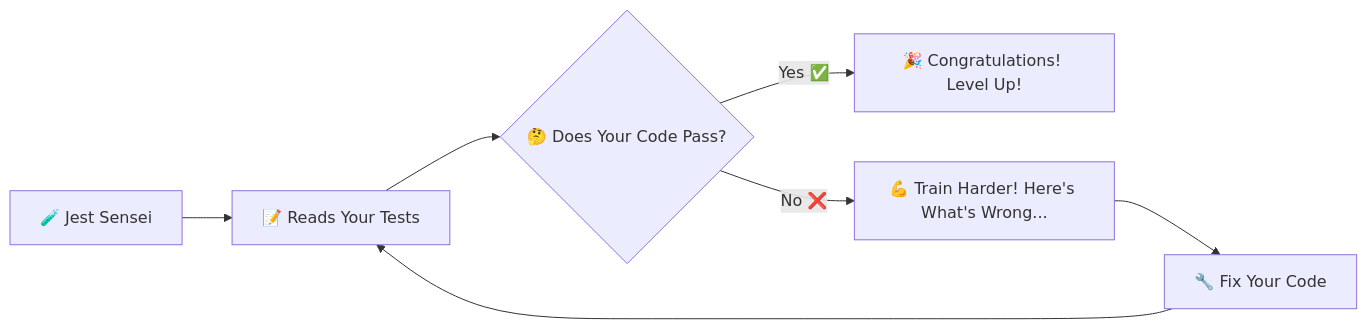
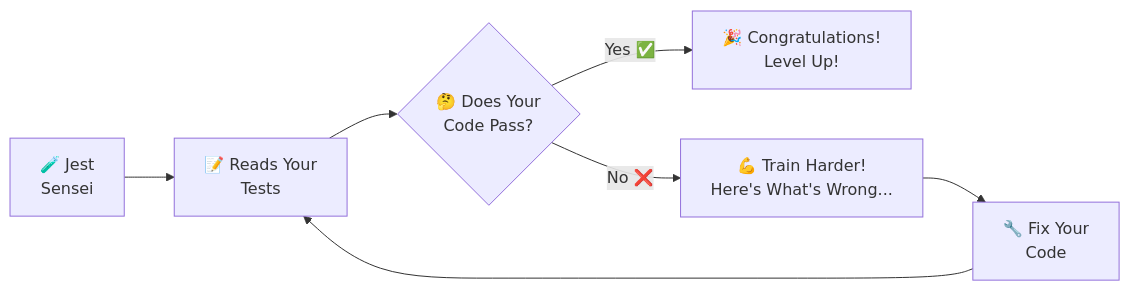
One commit to j4yh3m/alexandra-fizzbuzz-js changed the second of 12 diagrams in docs/TOOLS_GLOSSARY.md. Above: the diagram before and after it, drawn with Mermaid. The commit also changed other lines of this file and 2 other files, not shown here.

First line of the commit message:
fix: improve Mermaid diagram readability with better text wrapping

````diff
--- a/docs/TOOLS_GLOSSARY.md
+++ b/docs/TOOLS_GLOSSARY.md
@@ -39,9 +39,9 @@
 ```mermaid
 flowchart LR
-    A[🧪 Jest Sensei] --> B[📝 Reads Your Tests]
-    B --> C{🤔 Does Your Code Pass?}
-    C -->|Yes ✅| D[🎉 Congratulations! Level Up!]
-    C -->|No ❌| E[💪 Train Harder! Here's What's Wrong...]
-    E --> F[🔧 Fix Your Code]
+    A[🧪 Jest<br/>Sensei] --> B[📝 Reads Your<br/>Tests]
+    B --> C{"🤔 Does Your<br/>Code Pass?"}
+    C -->|Yes ✅| D[🎉 Congratulations!<br/>Level Up!]
+    C -->|No ❌| E[💪 Train Harder!<br/>Here's What's Wrong...]
+    E --> F[🔧 Fix Your<br/>Code]
     F --> B
 ```
````
